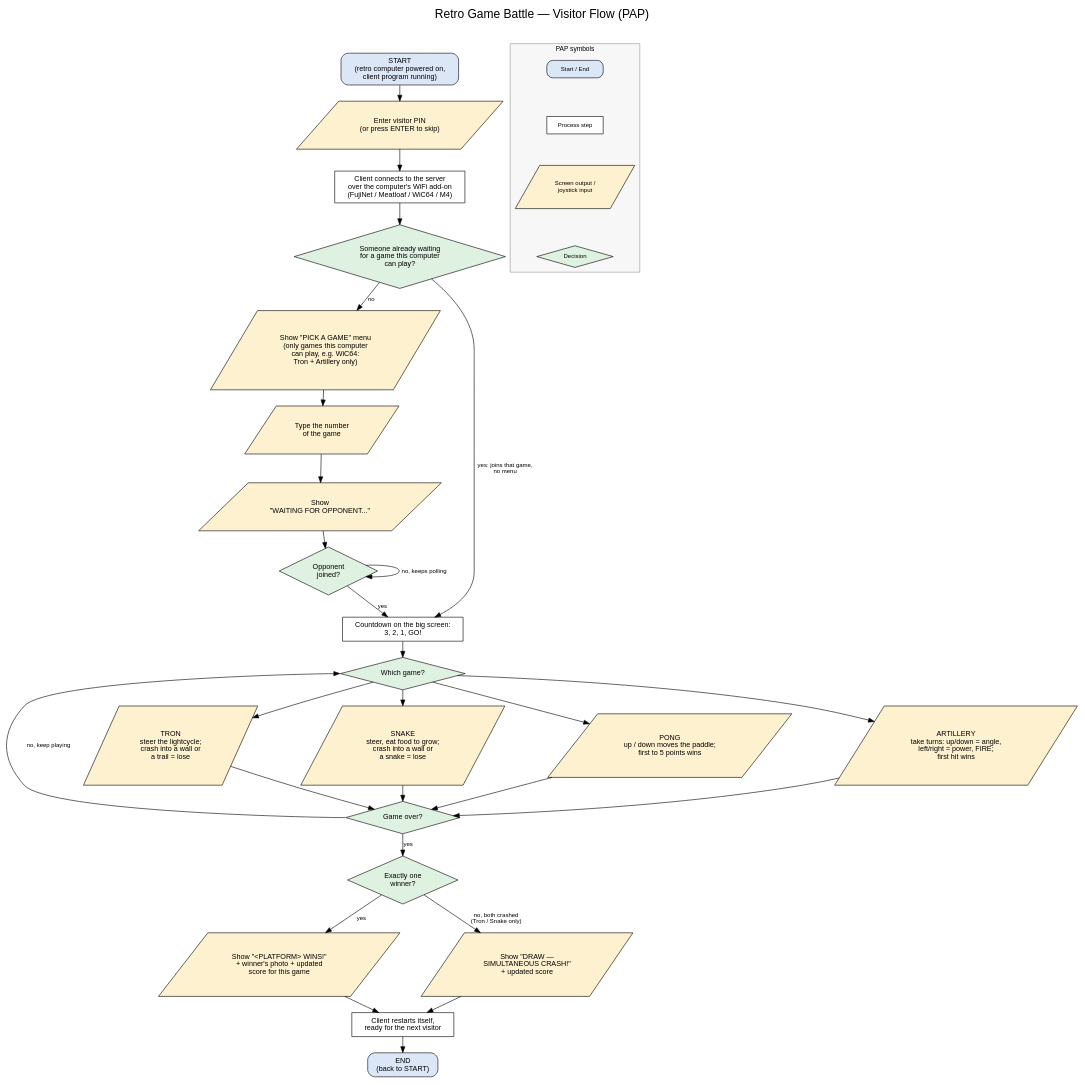
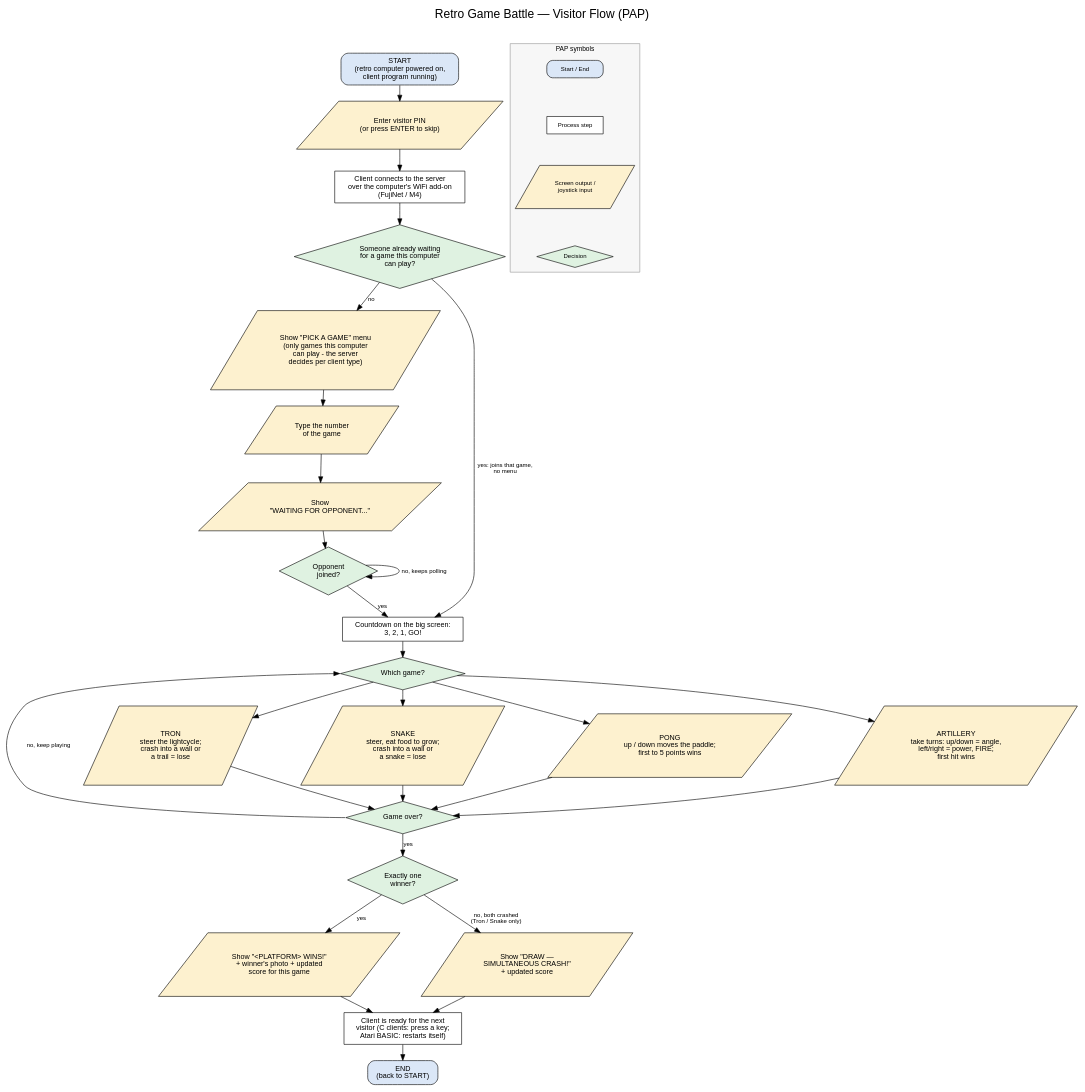
The diagram in docs/pap_src/visitor_flow.dot (joergr72idb/retro-game-battle), drawn with Graphviz before and after one commit. The commit also changed 10 other files, not shown here.

```diff
--- a/docs/pap_src/visitor_flow.dot
+++ b/docs/pap_src/visitor_flow.dot
@@ -1,72 +1,72 @@
 digraph visitor_flow {
   rankdir=TB;
   bgcolor="white";
   fontname="Helvetica";
   labelloc="t";
   fontsize=20;
   label="Retro Game Battle — Visitor Flow (PAP)\n\n";
   node [fontname="Helvetica", fontsize=12, margin="0.15,0.1"];
   edge [fontname="Helvetica", fontsize=10];
   nodesep=0.5;
   ranksep=0.35;
 
   start   [label="START\n(retro computer powered on,\nclient program running)", shape=box, style="rounded,filled", fillcolor="#dbe7f7"];
   pin     [label="Enter visitor PIN\n(or press ENTER to skip)", shape=parallelogram, style=filled, fillcolor="#fdf1cf"];
-  connect [label="Client connects to the server\nover the computer's WiFi add-on\n(FujiNet / Meatloaf / WiC64 / M4)", shape=box, style=filled, fillcolor="#ffffff"];
+  connect [label="Client connects to the server\nover the computer's WiFi add-on\n(FujiNet / M4)", shape=box, style=filled, fillcolor="#ffffff"];
   wait_dec [label="Someone already waiting\nfor a game this computer\ncan play?", shape=diamond, style=filled, fillcolor="#dff2e1"];
-  menu    [label="Show \"PICK A GAME\" menu\n(only games this computer\ncan play, e.g. WiC64:\nTron + Artillery only)", shape=parallelogram, style=filled, fillcolor="#fdf1cf"];
+  menu    [label="Show \"PICK A GAME\" menu\n(only games this computer\ncan play - the server\ndecides per client type)", shape=parallelogram, style=filled, fillcolor="#fdf1cf"];
   choose  [label="Type the number\nof the game", shape=parallelogram, style=filled, fillcolor="#fdf1cf"];
   show_wait [label="Show\n\"WAITING FOR OPPONENT...\"", shape=parallelogram, style=filled, fillcolor="#fdf1cf"];
   opp_dec [label="Opponent\njoined?", shape=diamond, style=filled, fillcolor="#dff2e1"];
   countdown [label="Countdown on the big screen:\n3, 2, 1, GO!", shape=box, style=filled, fillcolor="#ffffff"];
   game_dec [label="Which game?", shape=diamond, style=filled, fillcolor="#dff2e1"];
 
   tron    [label="TRON\nsteer the lightcycle;\ncrash into a wall or\na trail = lose", shape=parallelogram, style=filled, fillcolor="#fdf1cf"];
   snake   [label="SNAKE\nsteer, eat food to grow;\ncrash into a wall or\na snake = lose", shape=parallelogram, style=filled, fillcolor="#fdf1cf"];
   pong    [label="PONG\nup / down moves the paddle;\nfirst to 5 points wins", shape=parallelogram, style=filled, fillcolor="#fdf1cf"];
   arty    [label="ARTILLERY\ntake turns: up/down = angle,\nleft/right = power, FIRE;\nfirst hit wins", shape=parallelogram, style=filled, fillcolor="#fdf1cf"];
 
   over_dec [label="Game over?", shape=diamond, style=filled, fillcolor="#dff2e1"];
   result_dec [label="Exactly one\nwinner?", shape=diamond, style=filled, fillcolor="#dff2e1"];
   show_win [label="Show \"<PLATFORM> WINS!\"\n+ winner's photo + updated\nscore for this game", shape=parallelogram, style=filled, fillcolor="#fdf1cf"];
   show_draw [label="Show \"DRAW —\nSIMULTANEOUS CRASH!\"\n+ updated score", shape=parallelogram, style=filled, fillcolor="#fdf1cf"];
-  restart [label="Client restarts itself,\nready for the next visitor", shape=box, style=filled, fillcolor="#ffffff"];
+  restart [label="Client is ready for the next\nvisitor (C clients: press a key;\nAtari BASIC: restarts itself)", shape=box, style=filled, fillcolor="#ffffff"];
   end_    [label="END\n(back to START)", shape=box, style="rounded,filled", fillcolor="#dbe7f7"];
 
   start -> pin -> connect -> wait_dec;
   wait_dec -> menu [label="no"];
   menu -> choose -> show_wait -> opp_dec;
   opp_dec -> opp_dec [label="no, keeps polling"];
   opp_dec -> countdown [label="yes"];
   wait_dec -> countdown [label="yes: joins that game,\nno menu"];
   countdown -> game_dec;
   game_dec -> tron;
   game_dec -> snake;
   game_dec -> pong;
   game_dec -> arty;
   { rank=same; tron -> snake -> pong -> arty [style=invis]; }
   tron -> over_dec;
   snake -> over_dec;
   pong -> over_dec;
   arty -> over_dec;
   over_dec -> game_dec [label="no, keep playing", tailport=w, headport=w];
   over_dec -> result_dec [label="yes"];
   result_dec -> show_win [label="yes"];
   result_dec -> show_draw [label="no, both crashed\n(Tron / Snake only)"];
   show_win -> restart;
   show_draw -> restart;
   restart -> end_;
 
   subgraph cluster_legend {
     label="PAP symbols";
     fontsize=11;
     style=filled;
     fillcolor="#f7f7f7";
     color="#999999";
     l_term [label="Start / End", shape=box, style="rounded,filled", fillcolor="#dbe7f7", fontsize=10, width=1.3, height=0.4];
     l_proc [label="Process step", shape=box, fillcolor="#ffffff", style=filled, fontsize=10, width=1.3, height=0.4];
     l_io   [label="Screen output /\njoystick input", shape=parallelogram, style=filled, fillcolor="#fdf1cf", fontsize=10, width=1.3, height=0.4];
     l_dec  [label="Decision", shape=diamond, style=filled, fillcolor="#dff2e1", fontsize=10, width=1.3, height=0.5];
     l_term -> l_proc -> l_io -> l_dec [style=invis];
   }
 }
```
